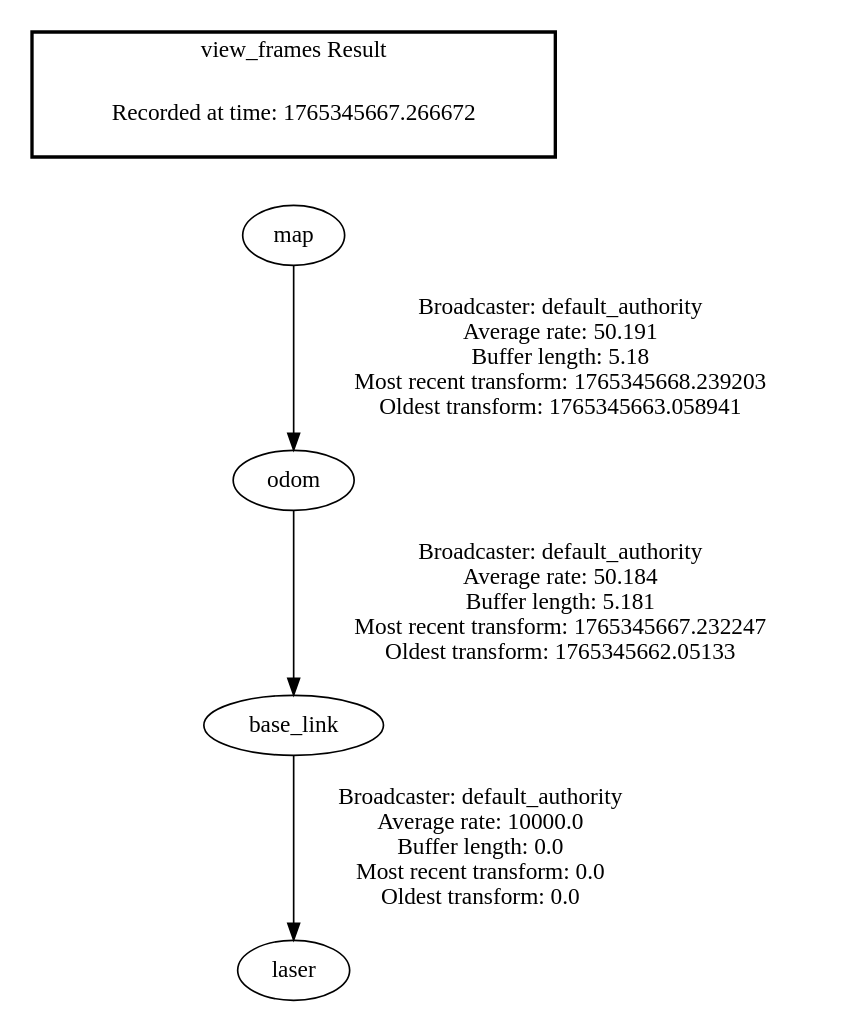
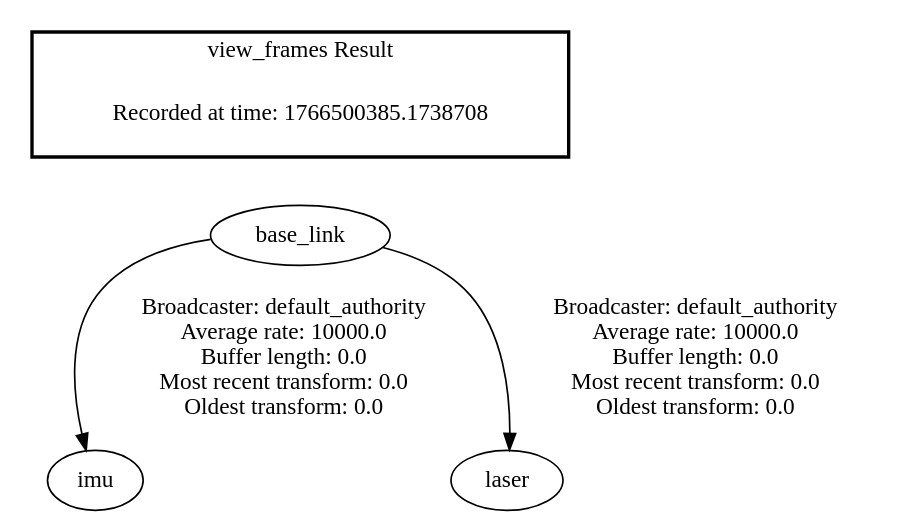
Before and after one commit to subratpp/f1tenth: the diagram in frames.gv, drawn with Graphviz. The commit also changed 12 other files, not shown here.

```diff
--- a/frames.gv
+++ b/frames.gv
@@ -1,9 +1,8 @@
 digraph G {
-"odom" -> "base_link"[label=" Broadcaster: default_authority\nAverage rate: 50.184\nBuffer length: 5.181\nMost recent transform: 1765345667.232247\nOldest transform: 1765345662.05133\n"];
-"map" -> "odom"[label=" Broadcaster: default_authority\nAverage rate: 50.191\nBuffer length: 5.18\nMost recent transform: 1765345668.239203\nOldest transform: 1765345663.058941\n"];
+"base_link" -> "imu"[label=" Broadcaster: default_authority\nAverage rate: 10000.0\nBuffer length: 0.0\nMost recent transform: 0.0\nOldest transform: 0.0\n"];
 "base_link" -> "laser"[label=" Broadcaster: default_authority\nAverage rate: 10000.0\nBuffer length: 0.0\nMost recent transform: 0.0\nOldest transform: 0.0\n"];
 edge [style=invis];
  subgraph cluster_legend { style=bold; color=black; label ="view_frames Result";
-"Recorded at time: 1765345667.266672"[ shape=plaintext ] ;
-}->"map";
+"Recorded at time: 1766500385.1738708"[ shape=plaintext ] ;
+}->"base_link";
 }
```
